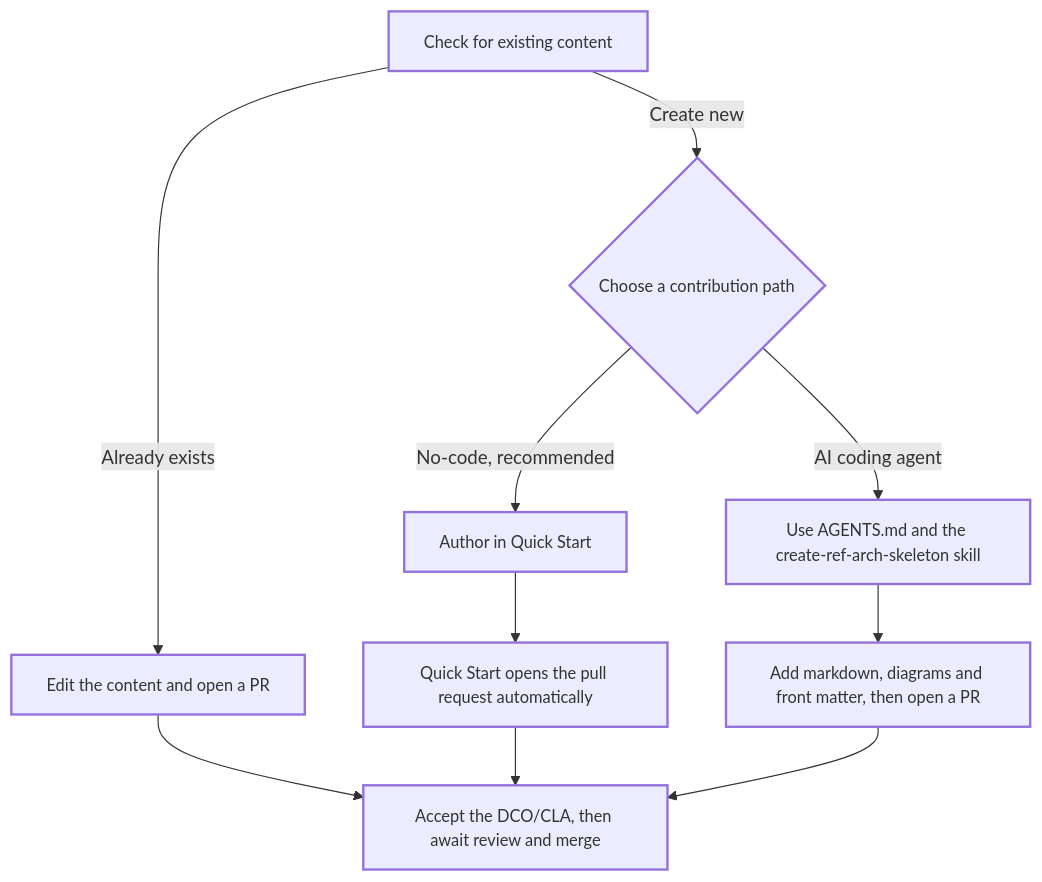
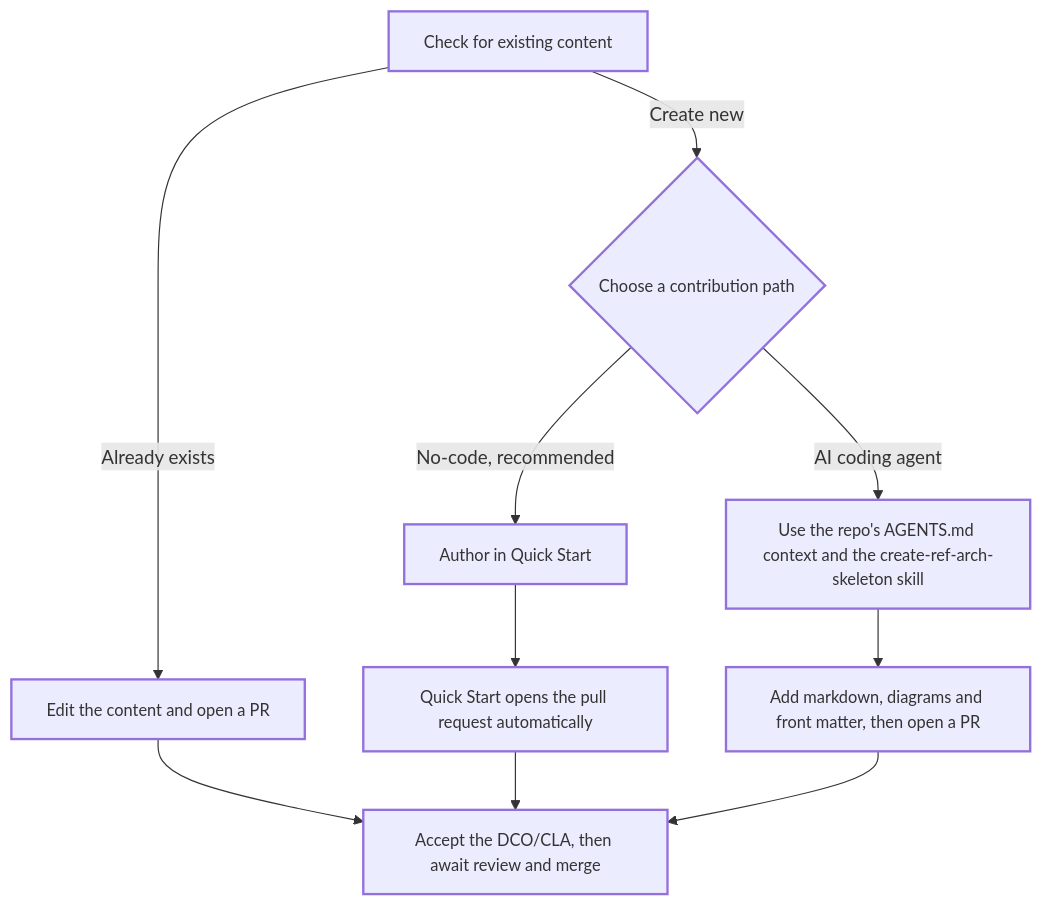
One commit to SAP/architecture-center changed the fifth of 7 diagrams in docs/community/02-Guidelines/06-diagrams.md. Above: the diagram before and after it, drawn with Mermaid.

Commit message:
docs: clarify AGENTS.md reference in contribution flowchart diagram
Update Mermaid diagram label to specify "the repo's AGENTS.md context"
instead of just "AGENTS.md" for clearer guidance on the AI coding agent
contribution path.

````diff
--- a/docs/community/02-Guidelines/06-diagrams.md
+++ b/docs/community/02-Guidelines/06-diagrams.md
@@ -182,13 +182,13 @@
         ```mermaid
         graph TD
         classDef reduceSize stroke-width:2px,font-size:14px;
         A[Check for existing content]:::reduceSize -->|Already exists| B[Edit the content and open a PR]:::reduceSize
         A:::reduceSize -->|Create new| C{Choose a contribution path}:::reduceSize
         C:::reduceSize -->|No-code, recommended| D[Author in Quick Start]:::reduceSize
-        C:::reduceSize -->|AI coding agent| E[Use AGENTS.md and the create-ref-arch-skeleton skill]:::reduceSize
+        C:::reduceSize -->|AI coding agent| E[Use the repo's AGENTS.md context and the create-ref-arch-skeleton skill]:::reduceSize
         D:::reduceSize --> F[Quick Start opens the pull request automatically]:::reduceSize
         E:::reduceSize --> G[Add markdown, diagrams and front matter, then open a PR]:::reduceSize
         B:::reduceSize --> H[Accept the DCO/CLA, then await review and merge]:::reduceSize
         F:::reduceSize --> H:::reduceSize
         G:::reduceSize --> H:::reduceSize
         ```
````
